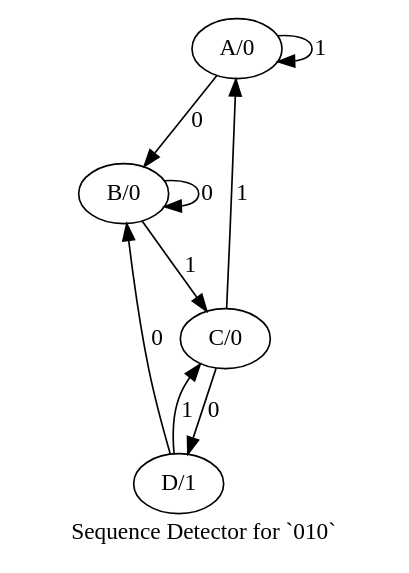
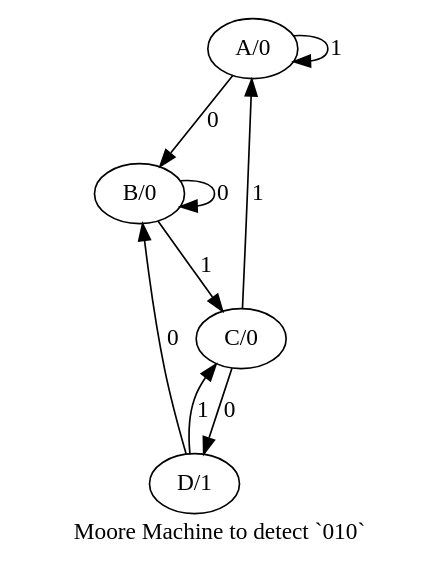
Before and after one commit to say4n/fsmutil: the diagram in seq2fsm/output/moore_fsm_for_010.dot, drawn with Graphviz. The commit also changed 13 other files, not shown here.

```diff
--- a/seq2fsm/output/moore_fsm_for_010.dot
+++ b/seq2fsm/output/moore_fsm_for_010.dot
@@ -1,19 +1,19 @@
 digraph "" {
-	graph [label="Sequence Detector for `010`"];
+	graph [label="Moore Machine to detect `010`"];
 	"A/0" -> "A/0" [key=0,
 	label=1];
 "A/0" -> "B/0" [key=0,
 label=0];
 "B/0" -> "B/0" [key=0,
 label=0];
 "B/0" -> "C/0" [key=0,
 label=1];
 "C/0" -> "A/0" [key=0,
 label=1];
 "C/0" -> "D/1" [key=0,
 label=0];
 "D/1" -> "B/0" [key=0,
 label=0];
 "D/1" -> "C/0" [key=0,
 label=1];
 }
```
